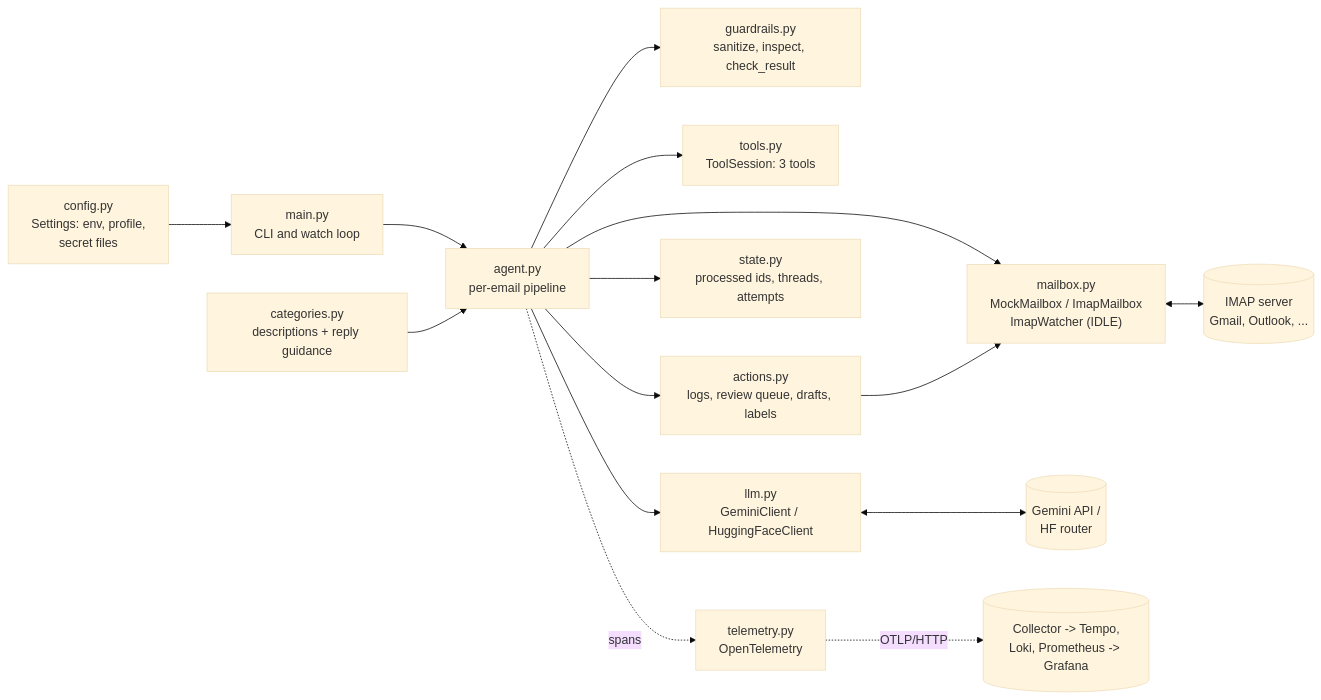
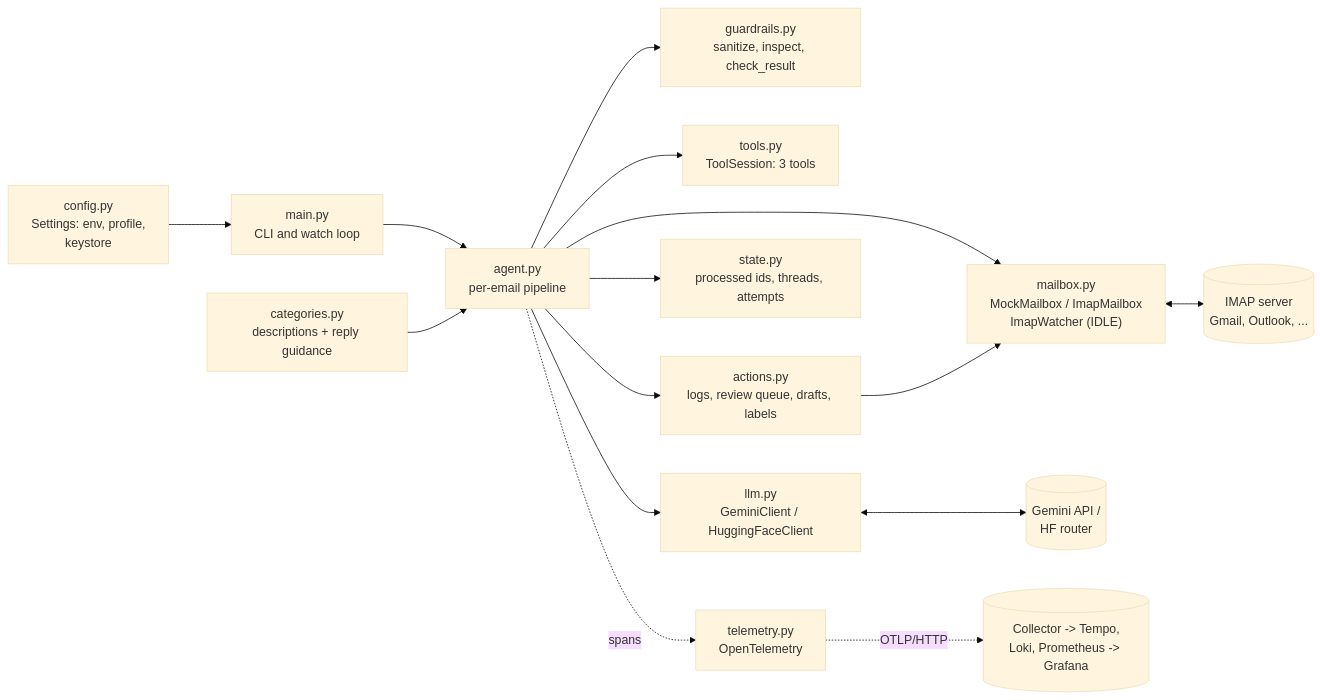
The first of 8 diagrams in ARCHITECTURE.md (anketmalandkar-sys/ltfs-demo), drawn with Mermaid (base theme) before and after one commit. The commit also changed other lines of this file and 19 other files, not shown here.

````diff
--- a/ARCHITECTURE.md
+++ b/ARCHITECTURE.md
@@ -51,17 +51,17 @@
 ```mermaid
 flowchart LR
     CLI["main.py<br/>CLI and watch loop"] --> AG["agent.py<br/>per-email pipeline"]
-    CFG["config.py<br/>Settings: env, profile,<br/>secret files"] --> CLI
+    CFG["config.py<br/>Settings: env, profile,<br/>keystore"] --> CLI
     AG --> MB["mailbox.py<br/>MockMailbox / ImapMailbox<br/>ImapWatcher (IDLE)"]
     AG --> GR["guardrails.py<br/>sanitize, inspect, check_result"]
     AG --> TL["tools.py<br/>ToolSession: 3 tools"]
     AG --> LLM["llm.py<br/>GeminiClient / HuggingFaceClient"]
     AG --> ST["state.py<br/>processed ids, threads, attempts"]
     AG --> AC["actions.py<br/>logs, review queue, drafts, labels"]
     AC --> MB
     CAT["categories.py<br/>descriptions + reply guidance"] --> AG
     MB <--> GMAIL[("IMAP server<br/>Gmail, Outlook, ...")]
     LLM <--> API[("Gemini API /<br/>HF router")]
     AG -. spans .-> OT["telemetry.py<br/>OpenTelemetry"]
     OT -. OTLP/HTTP .-> JG[("Collector -> Tempo,<br/>Loki, Prometheus -> Grafana")]
 ```
````
